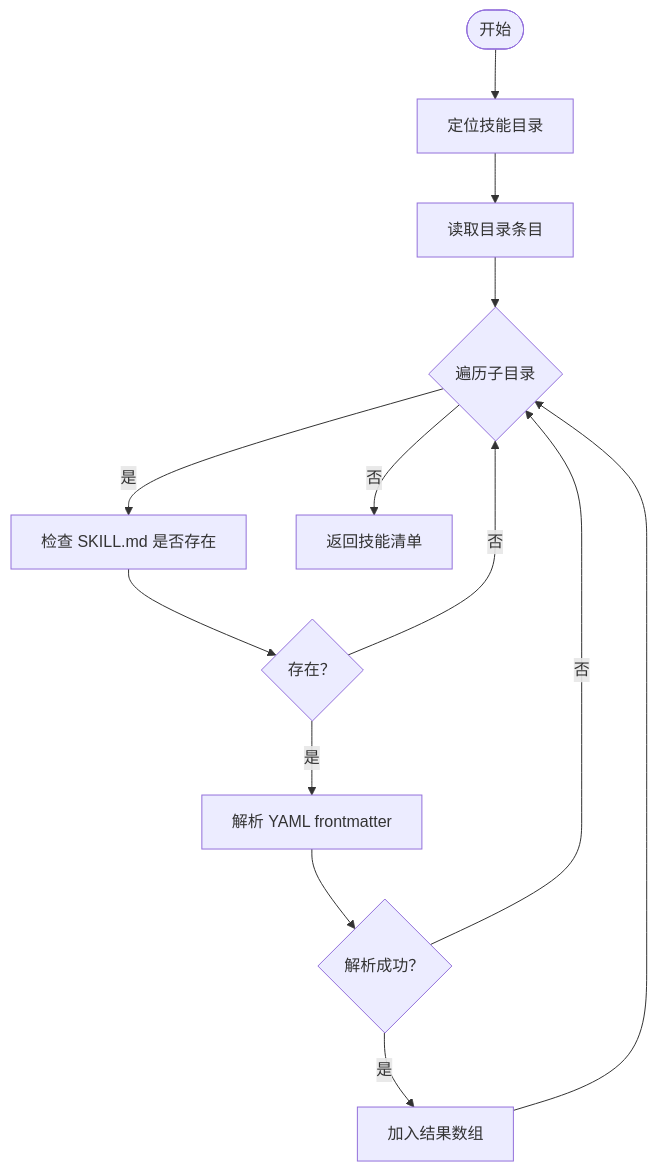
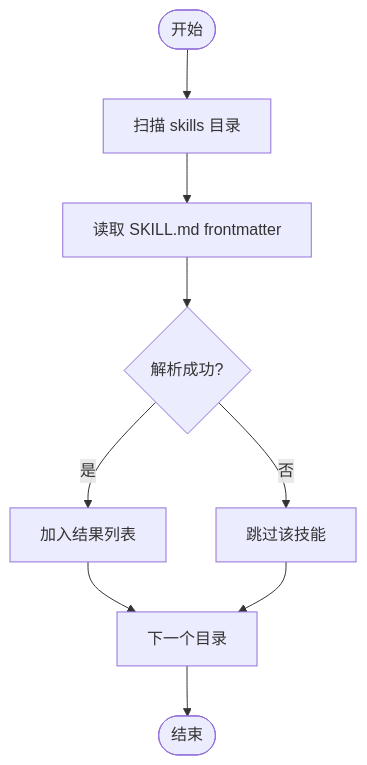
Before and after one commit to HAOFUYANG/onion-code: the third of 8 diagrams in .qoder/repowiki/zh/content/技能系统/技能系统.md, drawn with Mermaid. The commit also changed other lines of this file and 58 other files, not shown here.

````diff
--- a/.qoder/repowiki/zh/content/技能系统/技能系统.md
+++ b/.qoder/repowiki/zh/content/技能系统/技能系统.md
@@ -205,15 +131,11 @@
 ```mermaid
 flowchart TD
-Start(["开始"]) --> GetDir["定位技能目录"]
-GetDir --> ReadEntries["读取目录条目"]
-ReadEntries --> Loop{"遍历子目录"}
-Loop --> |是| CheckMD["检查 SKILL.md 是否存在"]
-CheckMD --> Exists{"存在？"}
-Exists --> |否| Loop
-Exists --> |是| Parse["解析 YAML frontmatter"]
-Parse --> Valid{"解析成功？"}
-Valid --> |否| Loop
-Valid --> |是| Push["加入结果数组"]
-Push --> Loop
-Loop --> |否| Return["返回技能清单"]
+Start(["开始"]) --> Scan["扫描 skills 目录"]
+Scan --> ReadFM["读取 SKILL.md frontmatter"]
+ReadFM --> ParseOK{"解析成功?"}
+ParseOK --> |否| Skip["跳过该技能"]
+ParseOK --> |是| Add["加入结果列表"]
+Add --> Next["下一个目录"]
+Skip --> Next
+Next --> Done(["结束"])
 ```
````
